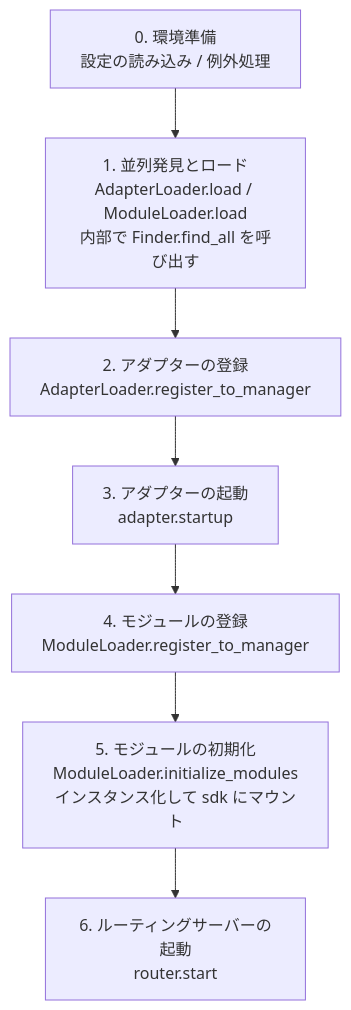
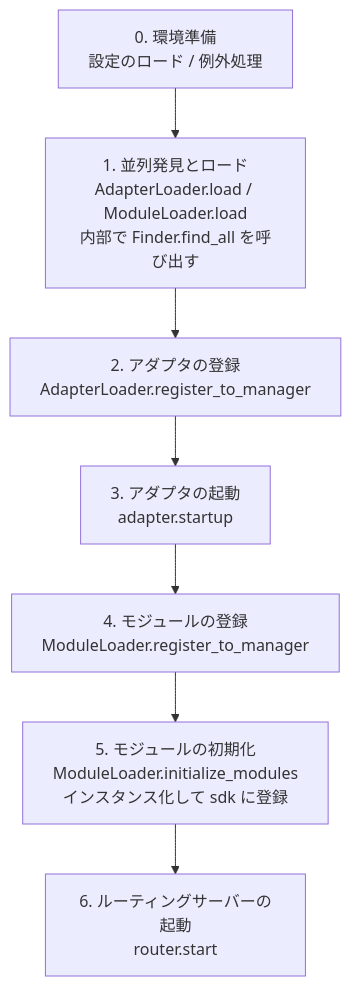
Before and after one commit to ErisPulse/ErisPulse: the diagram in docs/ja/advanced/startup.md, drawn with Mermaid. The commit also changed other lines of this file and 105 other files, not shown here.

````diff
--- a/docs/ja/advanced/startup.md
+++ b/docs/ja/advanced/startup.md
@@ -30,10 +30,10 @@
 ```mermaid
 flowchart TD
-    A[0. 環境準備<br/>設定の読み込み / 例外処理] --> B
+    A[0. 環境準備<br/>設定のロード / 例外処理] --> B
     B[1. 並列発見とロード<br/>AdapterLoader.load / ModuleLoader.load<br/>内部で Finder.find_all を呼び出す] --> C
-    C[2. アダプターの登録<br/>AdapterLoader.register_to_manager] --> D
-    D[3. アダプターの起動<br/>adapter.startup] --> E
+    C[2. アダプタの登録<br/>AdapterLoader.register_to_manager] --> D
+    D[3. アダプタの起動<br/>adapter.startup] --> E
     E[4. モジュールの登録<br/>ModuleLoader.register_to_manager] --> F
-    F[5. モジュールの初期化<br/>ModuleLoader.initialize_modules<br/>インスタンス化して sdk にマウント] --> G
+    F[5. モジュールの初期化<br/>ModuleLoader.initialize_modules<br/>インスタンス化して sdk に登録] --> G
     G[6. ルーティングサーバーの起動<br/>router.start]
 ```
````
